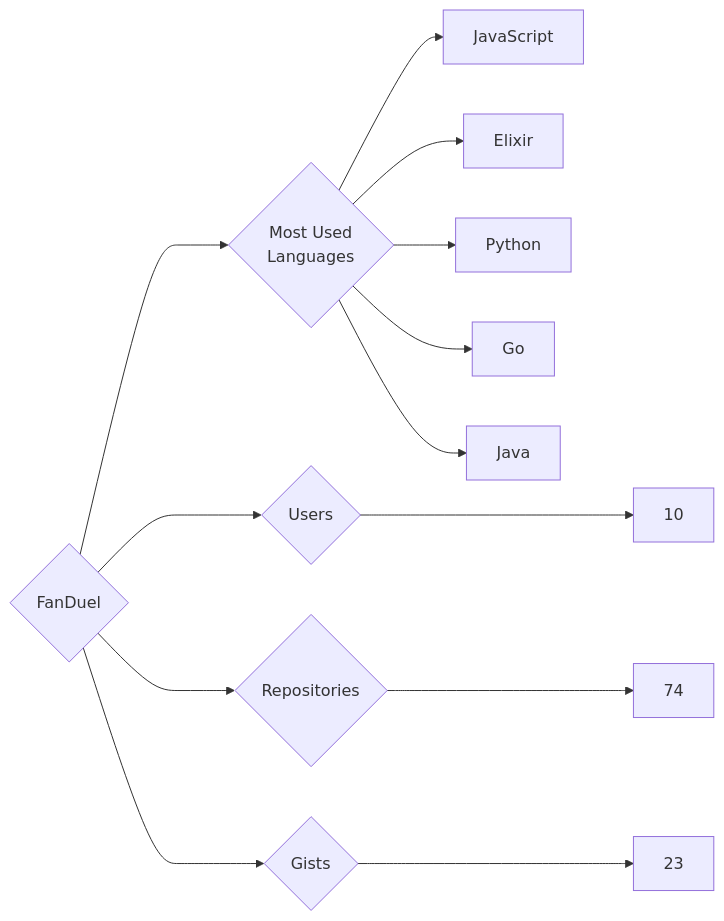
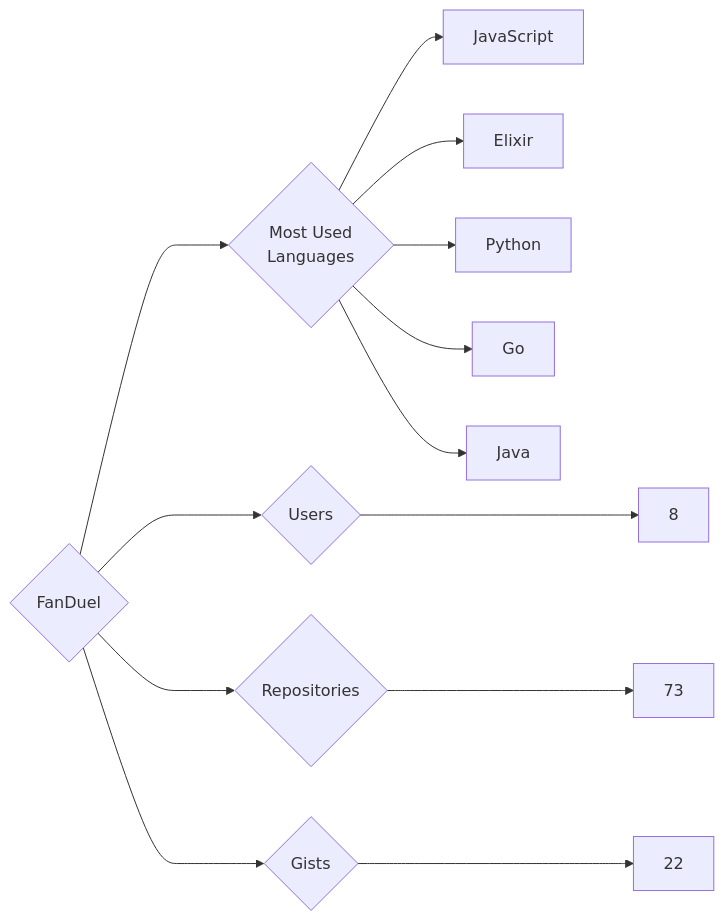
Before and after one commit to trickest/insiders: the diagram in targets/FanDuel/README.md, drawn with Mermaid. The commit also changed 750 other files, not shown here.

````diff
--- a/targets/FanDuel/README.md
+++ b/targets/FanDuel/README.md
@@ -3,13 +3,13 @@
 ```mermaid
 graph LR
 COMPANY_NAME{FanDuel}
-COMPANY_NAME ---> U{Users} ---> UN[10]
-COMPANY_NAME ---> R{Repositories} ---> RN[74]
-COMPANY_NAME ---> G{Gists} ---> GN[23]
+COMPANY_NAME ---> U{Users} ---> UN[8]
+COMPANY_NAME ---> R{Repositories} ---> RN[73]
+COMPANY_NAME ---> G{Gists} ---> GN[22]
 COMPANY_NAME ---> ML{Most Used<br>Languages}
 ML --> JavaScript[JavaScript]
 ML --> Elixir[Elixir]
 ML --> Python[Python]
 ML --> Go[Go]
 ML --> Java[Java]
 ```
````
